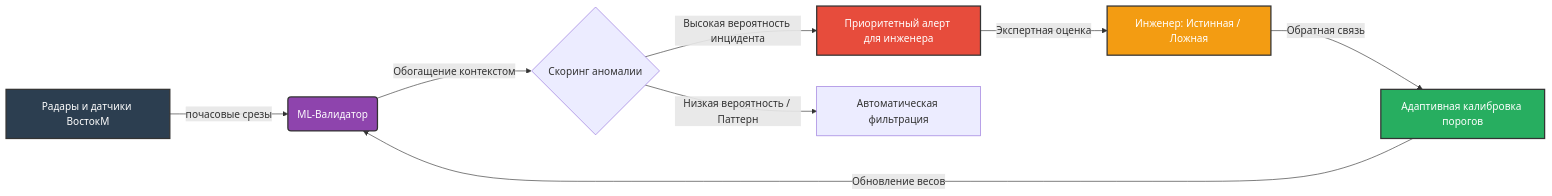
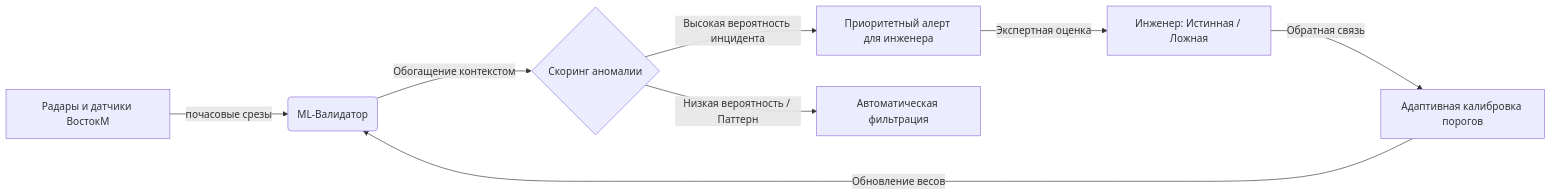
The diagram in TO_BE.md (Lexandrine/flow-analysis), drawn with Mermaid before and after one commit. The commit also changed other lines of this file, not shown here.

````diff
--- a/TO_BE.md
+++ b/TO_BE.md
@@ -13,16 +13,11 @@
 ```mermaid
 graph LR
     A[ Радары и датчики ВостокМ] -->|почасовые срезы| B( ML-Валидатор)
     B -->|Обогащение контекстом| C{Скоринг аномалии}
     C -->|Высокая вероятность инцидента| D[ Приоритетный алерт для инженера]
     C -->|Низкая вероятность / Паттерн| E[ Автоматическая фильтрация]
     D -->|Экспертная оценка| F[ Инженер: Истинная / Ложная]
     F -->|Обратная связь| G[ Адаптивная калибровка порогов]
     G -->|Обновление весов| B
     
-    style A fill:#2c3e50,stroke:#333,stroke-width:2px,color:#fff
-    style B fill:#8e44ad,stroke:#333,stroke-width:2px,color:#fff
-    style D fill:#e74c3c,stroke:#333,stroke-width:2px,color:#fff
-    style F fill:#f39c12,stroke:#333,stroke-width:2px,color:#fff
-    style G fill:#27ae60,stroke:#333,stroke-width:2px,color:#fff
 ```
````
